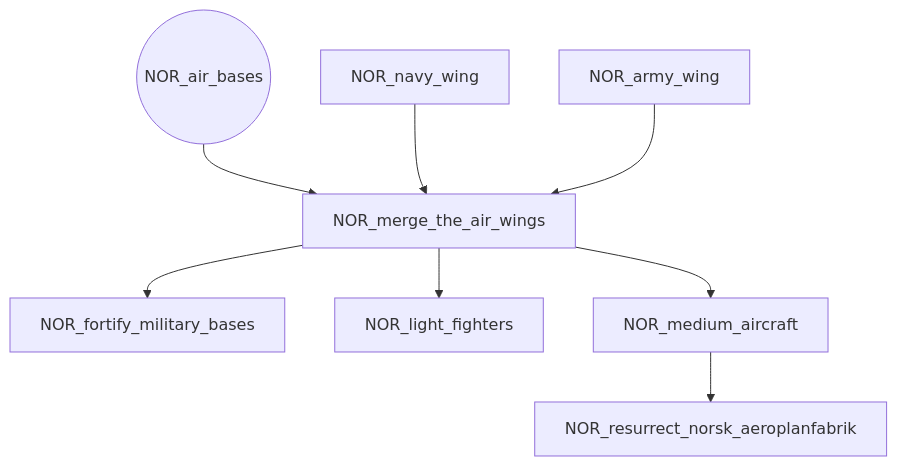
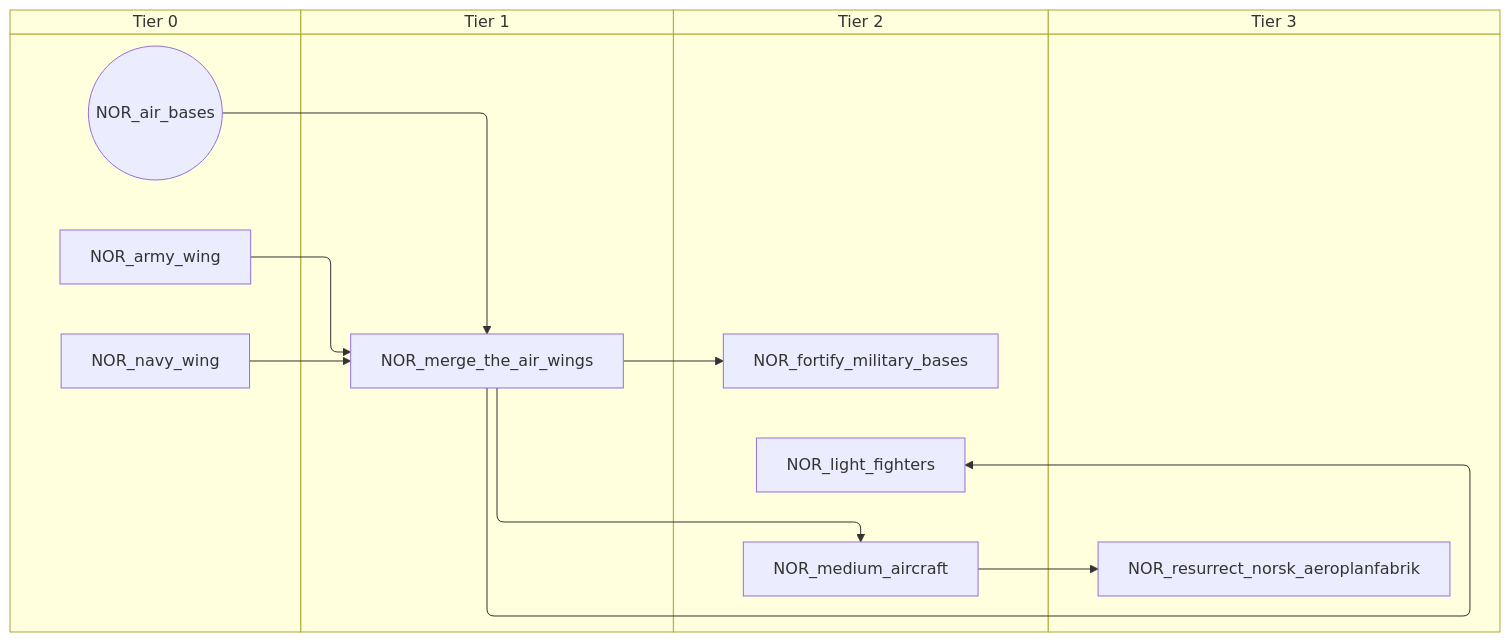
Before and after one commit to evgeny-sobol/hoi4-sandbox-mode-r56: the first of 9 diagrams in docs/gdd/National Focuses/r56/r56_norway.md, drawn with Mermaid. The commit also changed other lines of this file and 423 other files, not shown here.

First line of the commit message:
Re-export Rt56 focus trees as swimlane diagrams

````diff
--- a/docs/gdd/National Focuses/r56/r56_norway.md
+++ b/docs/gdd/National Focuses/r56/r56_norway.md
@@ -3,18 +3,26 @@
 ```mermaid
-flowchart TD
-    n1(("NOR_air_bases"))
-    n2["NOR_army_wing"]
-    n3["NOR_fortify_military_bases"]
-    n4["NOR_light_fighters"]
-    n5["NOR_medium_aircraft"]
-    n6["NOR_merge_the_air_wings"]
-    n7["NOR_navy_wing"]
-    n8["NOR_resurrect_norsk_aeroplanfabrik"]
-    n6 --> n3
-    n6 --> n4
-    n6 --> n5
-    n1 --> n6
-    n7 --> n6
-    n2 --> n6
-    n5 --> n8
+swimlane-beta TD
+    subgraph tier_0["Tier 0"]
+        n1(("NOR_air_bases"))
+        n2["NOR_army_wing"]
+        n3["NOR_navy_wing"]
+    end
+    subgraph tier_1["Tier 1"]
+        n4["NOR_merge_the_air_wings"]
+    end
+    subgraph tier_2["Tier 2"]
+        n5["NOR_fortify_military_bases"]
+        n6["NOR_light_fighters"]
+        n7["NOR_medium_aircraft"]
+    end
+    subgraph tier_3["Tier 3"]
+        n8["NOR_resurrect_norsk_aeroplanfabrik"]
+    end
+    n4 --> n5
+    n4 --> n6
+    n4 --> n7
+    n1 --> n4
+    n3 --> n4
+    n2 --> n4
+    n7 --> n8
 ```
````
